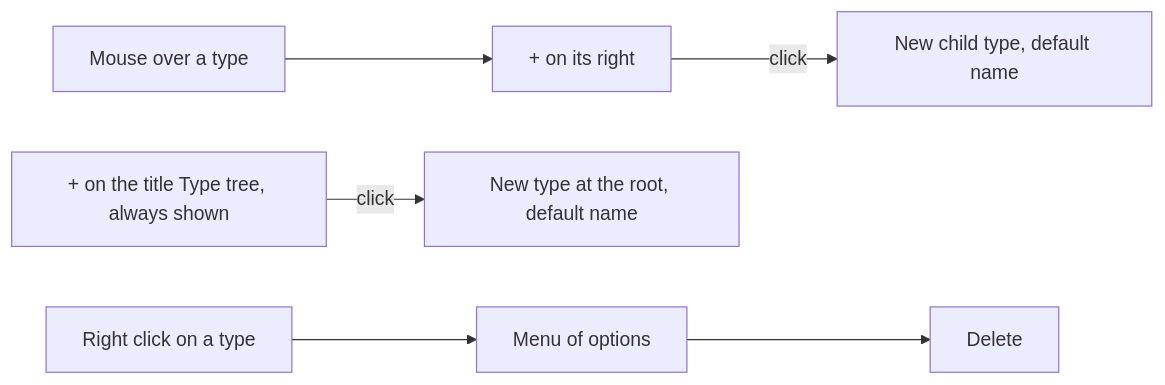
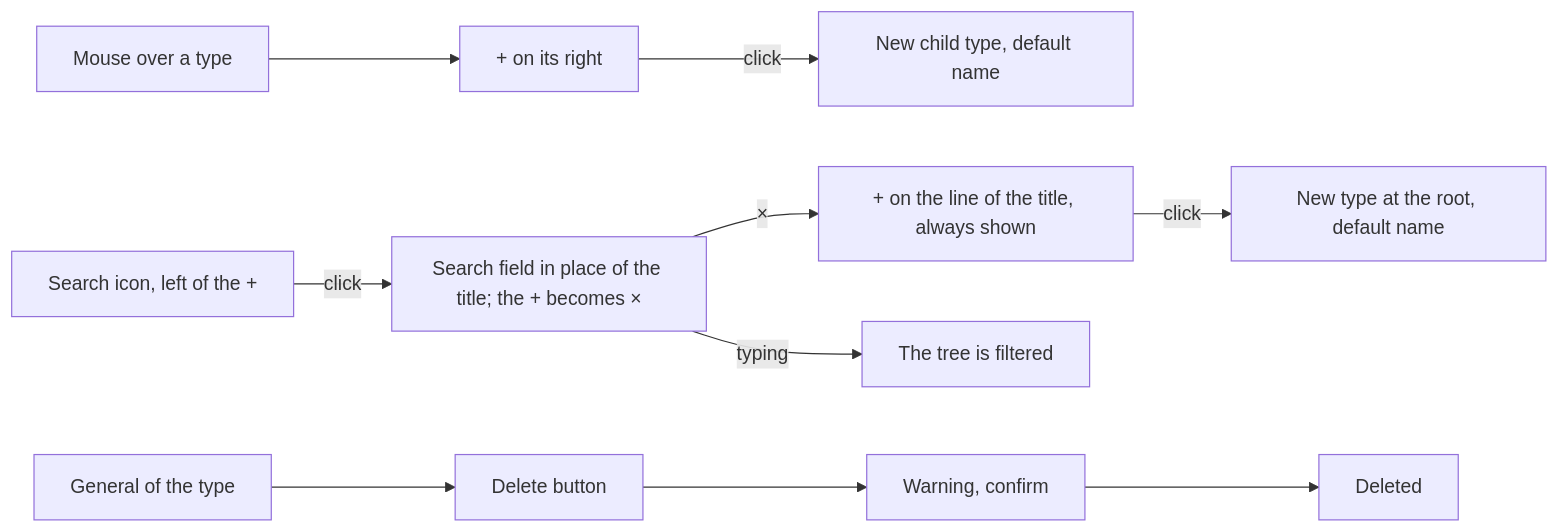
Before and after one commit to AlexandreGallais/synoptic-studio-spec: the fourth of 12 diagrams in metadata/01-types.md, drawn with Mermaid. The commit also changed other lines of this file and 13 other files, not shown here.

````diff
--- a/metadata/01-types.md
+++ b/metadata/01-types.md
@@ -57,6 +67,9 @@
 ```mermaid
 flowchart LR
     H["Mouse over a type"] --> P["+ on its right"] -->|"click"| C["New child type, default name"]
-    T["+ on the title Type tree, always shown"] -->|"click"| R["New type at the root, default name"]
-    RC["Right click on a type"] --> M["Menu of options"] --> D["Delete"]
+    T["+ on the line of the title, always shown"] -->|"click"| R["New type at the root, default name"]
+    S["Search icon, left of the +"] -->|"click"| F["Search field in place of the title; the + becomes ×"]
+    F -->|"typing"| FI["The tree is filtered"]
+    F -->|"×"| T
+    G["General of the type"] --> D["Delete button"] --> W["Warning, confirm"] --> X["Deleted"]
 ```
````
